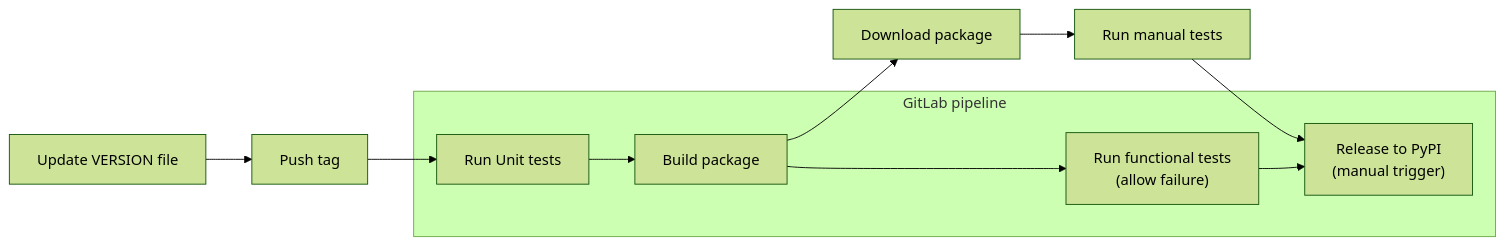
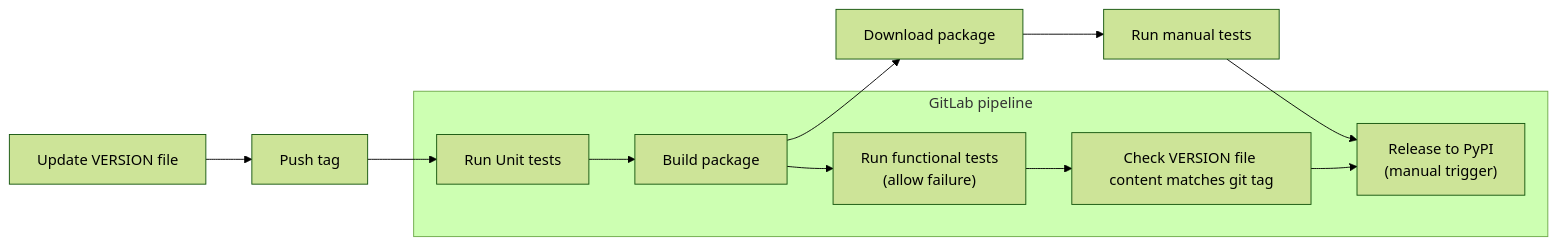
Before and after one commit to EGA-archive/ega-download-client: the diagram in development.md, drawn with Mermaid (forest theme). The commit also changed other lines of this file, not shown here.

Commit message:
Update development.md with instructions about tagging and release

````diff
--- a/development.md
+++ b/development.md
@@ -27,12 +40,13 @@
 ```mermaid
 graph LR
     A[Update VERSION file] --> B[Push tag] --> C[ Run Unit tests]
     D --> G[Download package]
     G --> H[Run manual tests]
-    H --> F
+    H --> I
 subgraph GitLab pipeline
     C --> D[Build package]
     D --> E["Run functional tests <br> (allow failure)"]
-    E --> F["Release to PyPI <br> (manual trigger)"]
+    E --> F["Check VERSION file content matches git tag"]
+    F --> I["Release to PyPI <br> (manual trigger)"]
 end
 ```
````
